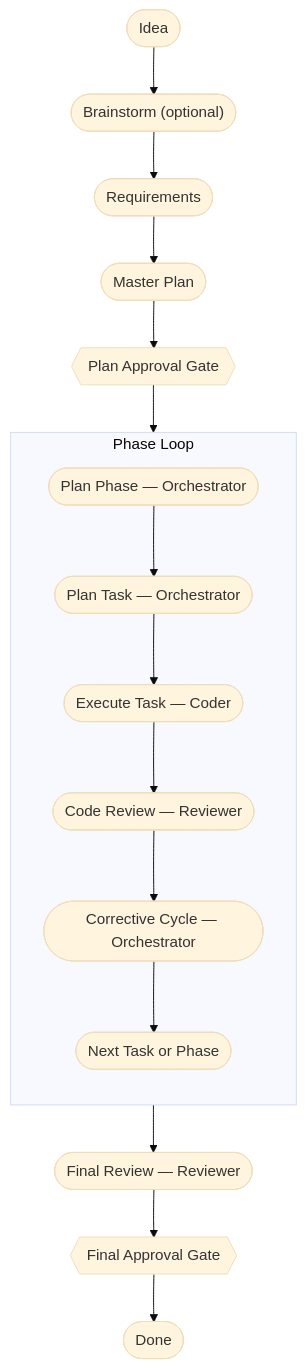
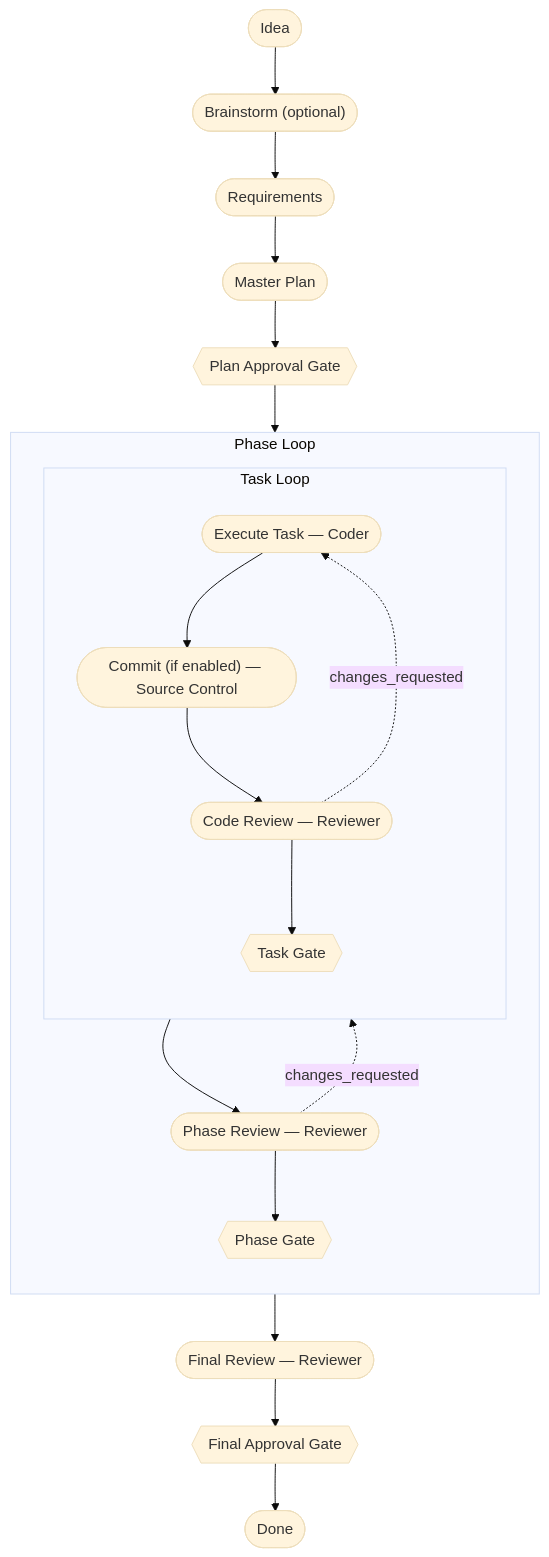
Before and after one commit to MetalHexx/RadOrchestration: the diagram in docs/pipeline.md, drawn with Mermaid (base theme). The commit also changed 4 other files, not shown here.

First line of the commit message:
fix(docs): address PR #82 review feedback — Mermaid accuracy and filename consistency

````diff
--- a/docs/pipeline.md
+++ b/docs/pipeline.md
@@ -5,21 +5,27 @@
 ```mermaid
 flowchart TD
     IDEA(["Idea"]) --> BRAIN(["Brainstorm (optional)"])
     BRAIN --> REQ(["Requirements"])
     REQ --> PLAN(["Master Plan"])
     PLAN --> GATE1{{"Plan Approval Gate"}}
 
     subgraph LOOP ["Phase Loop"]
         direction TB
-        PHASE_PLAN(["Plan Phase — Orchestrator"]) --> TASK_PLAN(["Plan Task — Orchestrator"])
-        TASK_PLAN --> EXEC(["Execute Task — Coder"])
-        EXEC --> REVIEW(["Code Review — Reviewer"])
-        REVIEW --> CORRECT(["Corrective Cycle — Orchestrator"])
-        CORRECT --> NEXT(["Next Task or Phase"])
+        subgraph TLOOP ["Task Loop"]
+            direction TB
+            EXEC(["Execute Task — Coder"]) --> COMMIT(["Commit (if enabled) — Source Control"])
+            COMMIT --> REVIEW(["Code Review — Reviewer"])
+            REVIEW --> TGATE{{"Task Gate"}}
+        end
+        TLOOP --> PREVIEW(["Phase Review — Reviewer"])
+        PREVIEW --> PGATE{{"Phase Gate"}}
     end
+
+    REVIEW -. "changes_requested" .-> EXEC
+    PREVIEW -. "changes_requested" .-> EXEC
 
     GATE1 --> LOOP
     LOOP --> FINAL(["Final Review — Reviewer"])
     FINAL --> GATE2{{"Final Approval Gate"}}
     GATE2 --> DONE(["Done"])
 ```
````
